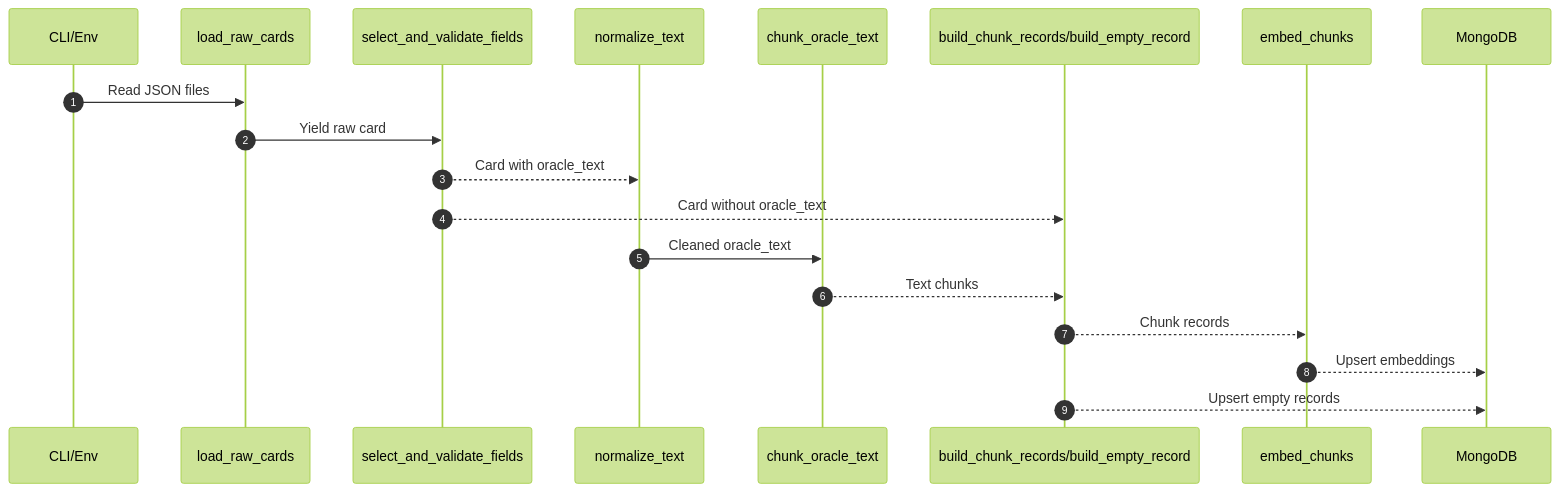
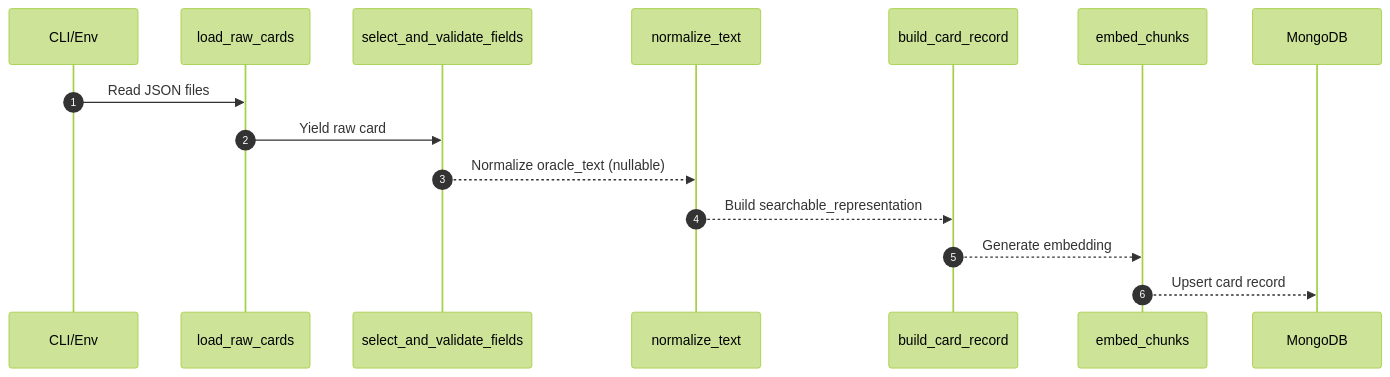
Before and after one commit to timrodz/card-oracle-backend: the second of 2 diagrams in docs/embeddings.md, drawn with Mermaid (forest theme). The commit also changed other lines of this file and 4 other files, not shown here.

````diff
--- a/docs/embeddings.md
+++ b/docs/embeddings.md
@@ -28,22 +23,18 @@
 ```mermaid
 sequenceDiagram
     autonumber
     participant CLI as CLI/Env
     participant Loader as load_raw_cards
     participant Select as select_and_validate_fields
     participant Normalize as normalize_text
-    participant Chunk as chunk_oracle_text
-    participant Build as build_chunk_records/build_empty_record
+    participant Build as build_card_record
     participant Embed as embed_chunks
     participant Mongo as MongoDB
 
     CLI->>Loader: Read JSON files
     Loader->>Select: Yield raw card
-    Select-->>Normalize: Card with oracle_text
-    Select-->>Build: Card without oracle_text
-    Normalize->>Chunk: Cleaned oracle_text
-    Chunk-->>Build: Text chunks
-    Build-->>Embed: Chunk records
-    Embed-->>Mongo: Upsert embeddings
-    Build-->>Mongo: Upsert empty records
+    Select-->>Normalize: Normalize oracle_text (nullable)
+    Normalize-->>Build: Build searchable_representation
+    Build-->>Embed: Generate embedding
+    Embed-->>Mongo: Upsert card record
 ```
````
